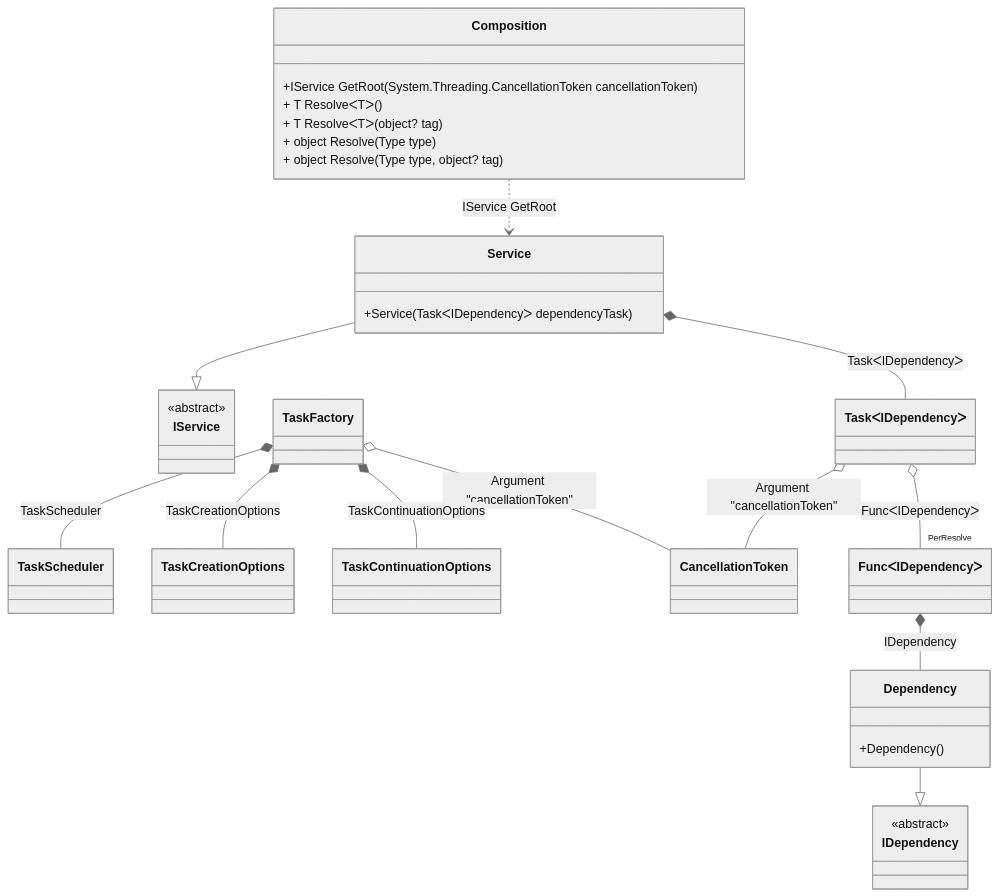
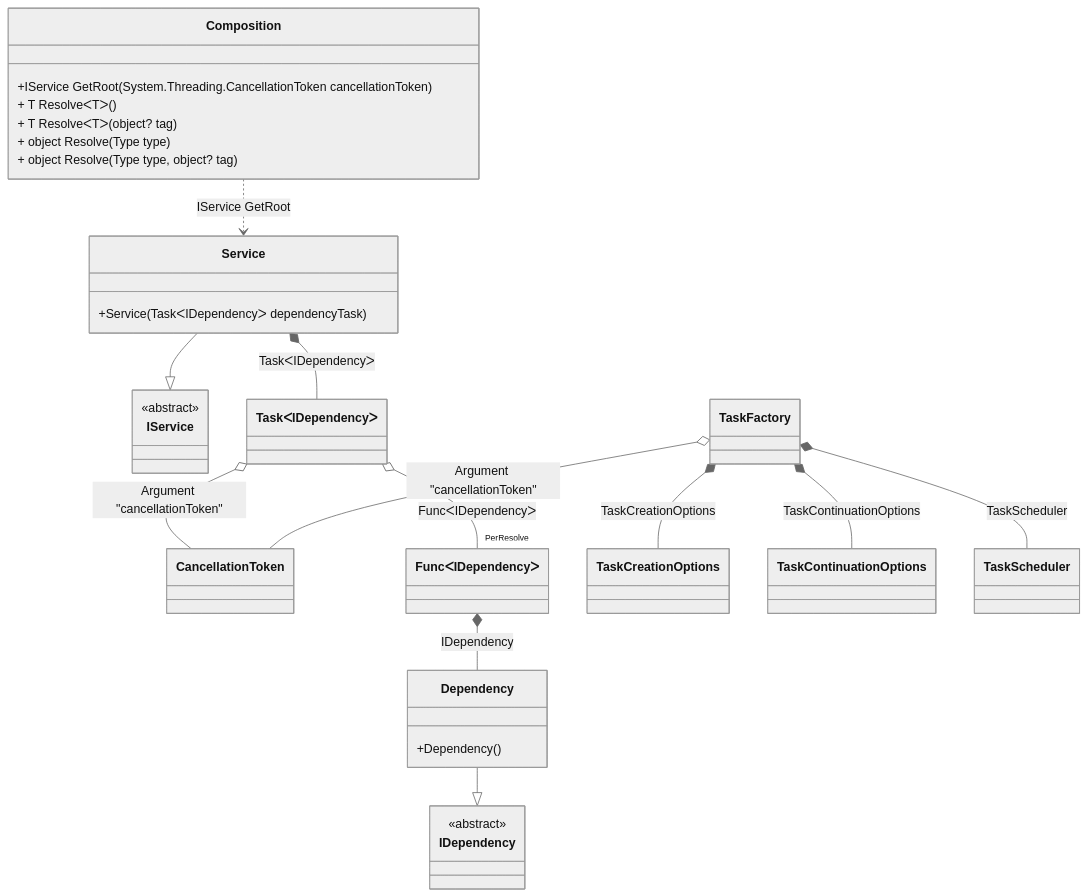
Before and after one commit to DevTeam/Pure.DI: the diagram in readme/manually-started-tasks.md, drawn with Mermaid (neutral theme). The commit also changed other lines of this file and 66 other files, not shown here.

Commit message:
Minimizing the volume of the dependency graph

````diff
--- a/readme/manually-started-tasks.md
+++ b/readme/manually-started-tasks.md
@@ -51,40 +51,37 @@
 ```mermaid
 classDiagram
   class Composition {
     +IService GetRoot(System.Threading.CancellationToken cancellationToken)
     + T ResolveᐸTᐳ()
     + T ResolveᐸTᐳ(object? tag)
     + object Resolve(Type type)
     + object Resolve(Type type, object? tag)
   }
   Service --|> IService : 
   class Service {
     +Service(TaskᐸIDependencyᐳ dependencyTask)
   }
   Dependency --|> IDependency : 
   class Dependency {
     +Dependency()
   }
-  class TaskScheduler
-  class TaskCreationOptions
-  class TaskContinuationOptions
   class TaskFactory
   class CancellationToken
   class TaskᐸIDependencyᐳ
   class FuncᐸIDependencyᐳ
   class IService {
     <<abstract>>
   }
   class IDependency {
     <<abstract>>
   }
   Service *--  TaskᐸIDependencyᐳ : TaskᐸIDependencyᐳ
   TaskFactory o-- CancellationToken : Argument "cancellationToken"
   TaskFactory *--  TaskCreationOptions : TaskCreationOptions
   TaskFactory *--  TaskContinuationOptions : TaskContinuationOptions
   TaskFactory *--  TaskScheduler : TaskScheduler
   Composition ..> Service : IService GetRoot
   TaskᐸIDependencyᐳ o--  "PerResolve" FuncᐸIDependencyᐳ : FuncᐸIDependencyᐳ
   TaskᐸIDependencyᐳ o-- CancellationToken : Argument "cancellationToken"
   FuncᐸIDependencyᐳ *--  Dependency : IDependency
 ```
````
